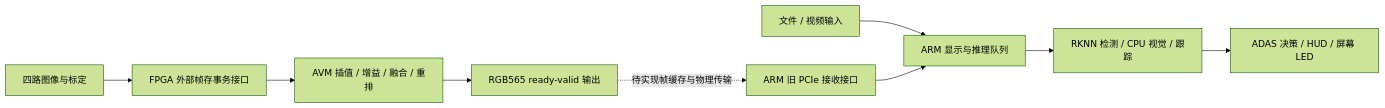
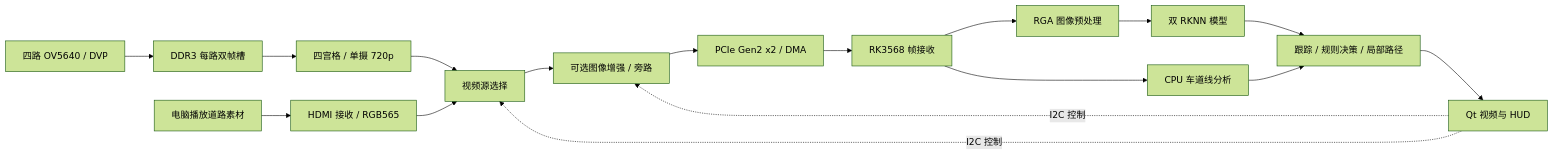
The diagram in README.md (StellatoL/FPGARACE_2026_Pango_3), drawn with Mermaid (forest theme) before and after one commit. The commit also changed other lines of this file and 620 other files, not shown here.

````diff
--- a/README.md
+++ b/README.md
@@ -121,11 +16,19 @@
 ```mermaid
 flowchart LR
-    A[四路图像与标定] --> B[FPGA 外部帧存事务接口]
-    B --> C[AVM 插值 / 增益 / 融合 / 重排]
-    C --> D[RGB565 ready-valid 输出]
-    D -. 待实现帧缓存与物理传输 .-> E[ARM 旧 PCIe 接收接口]
-    F[文件 / 视频输入] --> G[ARM 显示与推理队列]
-    E --> G
-    G --> H[RKNN 检测 / CPU 视觉 / 跟踪]
-    H --> I[ADAS 决策 / HUD / 屏幕 LED]
+    CAM[四路 OV5640 / DVP] --> DDR[DDR3 每路双帧槽]
+    DDR --> VIEW[四宫格 / 单摄 720p]
+    PC[电脑播放道路素材] --> HDMI[HDMI 接收 / RGB565]
+    VIEW --> MUX[视频源选择]
+    HDMI --> MUX
+    MUX --> VIP[可选图像增强 / 旁路]
+    VIP --> DMA[PCIe Gen2 x2 / DMA]
+    DMA --> ARM[RK3568 帧接收]
+    ARM --> RGA[RGA 图像预处理]
+    RGA --> NPU[双 RKNN 模型]
+    ARM --> CPU[CPU 车道线分析]
+    NPU --> RULE[跟踪 / 规则决策 / 局部路径]
+    CPU --> RULE
+    RULE --> QT[Qt 视频与 HUD]
+    QT -. I2C 控制 .-> MUX
+    QT -. I2C 控制 .-> VIP
 ```
````
